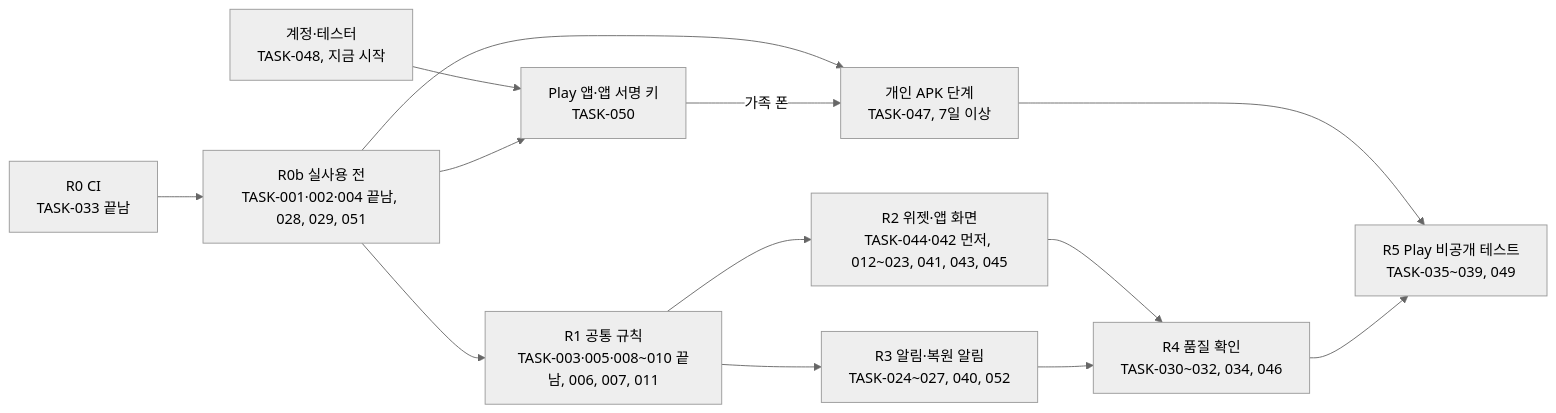
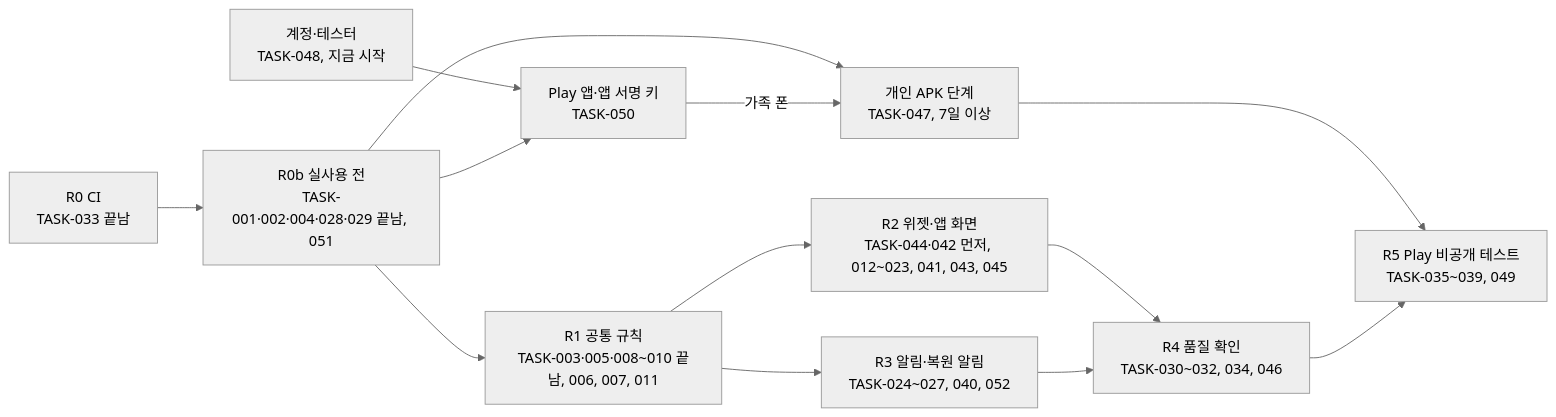
One commit to judangbang-ops/pillbadeum_release changed the diagram in docs/08-wbs/wbs.md. Above: the diagram before and after it, drawn with Mermaid (neutral theme). The commit also changed other lines of this file and 12 other files, not shown here.

````diff
--- a/docs/08-wbs/wbs.md
+++ b/docs/08-wbs/wbs.md
@@ -146,15 +147,15 @@
 ```mermaid
 flowchart LR
-    R0["R0 CI<br/>TASK-033 끝남"] --> R0b["R0b 실사용 전<br/>TASK-001·002·004 끝남, 028, 029, 051"]
+    R0["R0 CI<br/>TASK-033 끝남"] --> R0b["R0b 실사용 전<br/>TASK-001·002·004·028·029 끝남, 051"]
     R0b --> P["개인 APK 단계<br/>TASK-047, 7일 이상"]
     R0b --> R1["R1 공통 규칙<br/>TASK-003·005·008~010 끝남, 006, 007, 011"]
     A["계정·테스터<br/>TASK-048, 지금 시작"] --> K["Play 앱·앱 서명 키<br/>TASK-050"]
     R0b --> K
     K -->|가족 폰| P
     R1 --> R2["R2 위젯·앱 화면<br/>TASK-044·042 먼저, 012~023, 041, 043, 045"]
     R1 --> R3["R3 알림·복원 알림<br/>TASK-024~027, 040, 052"]
     R2 --> R4["R4 품질 확인<br/>TASK-030~032, 034, 046"]
     R3 --> R4
     P --> R5
     R4 --> R5["R5 Play 비공개 테스트<br/>TASK-035~039, 049"]
 ```
````
